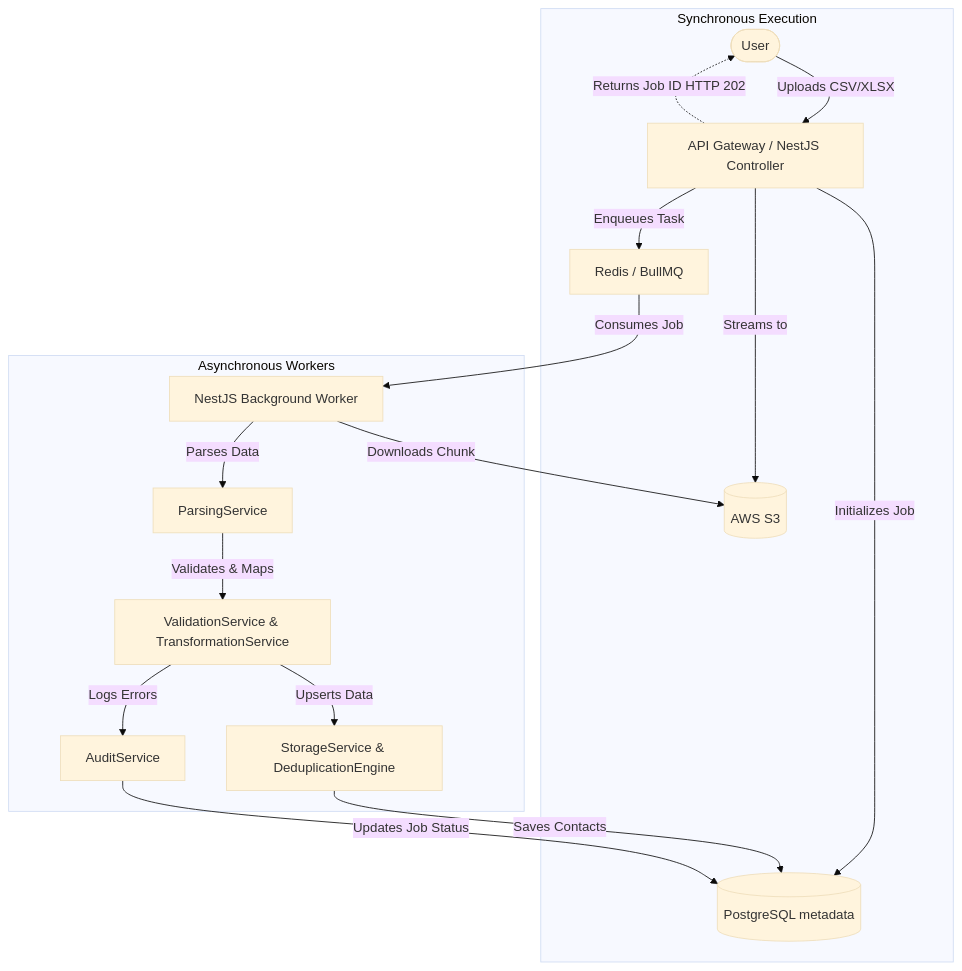
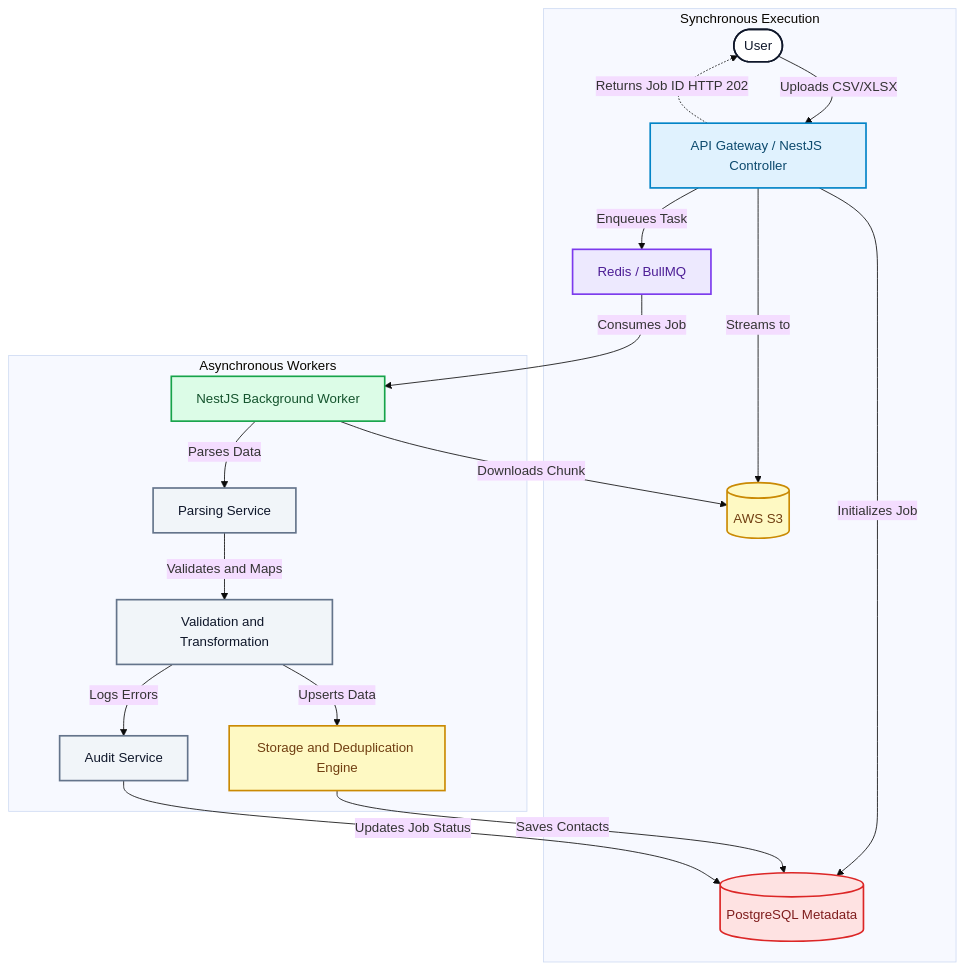
The first of 2 diagrams in docs/project1-architecture.md (Rahul-pamula/email_engine), drawn with Mermaid (base theme) before and after one commit.

Commit message:
Refactor Mermaid diagram in project1-architecture.md
Updated the Mermaid flow diagram to enhance clarity and add class definitions for better visualization.

````diff
--- a/docs/project1-architecture.md
+++ b/docs/project1-architecture.md
@@ -29,23 +29,39 @@
 ```mermaid
-graph TD
-    User([User]) -->|Uploads CSV/XLSX| API[API Gateway / NestJS Controller]
-    
+flowchart TD
+    %% 🎨 Class Definitions
+    classDef user fill:#ffffff,stroke:#0f172a,stroke-width:2px,color:#0f172a;
+    classDef api fill:#e0f2fe,stroke:#0284c7,stroke-width:2px,color:#0c4a6e;
+    classDef storage fill:#fef9c3,stroke:#ca8a04,stroke-width:2px,color:#713f12;
+    classDef queue fill:#ede9fe,stroke:#7c3aed,stroke-width:2px,color:#4c1d95;
+    classDef worker fill:#dcfce7,stroke:#16a34a,stroke-width:2px,color:#14532d;
+    classDef process fill:#f1f5f9,stroke:#64748b,stroke-width:2px,color:#0f172a;
+    classDef db fill:#fee2e2,stroke:#dc2626,stroke-width:2px,color:#7f1d1d;
+
+    %% 👤 User
+    User([User]):::user -->|Uploads CSV/XLSX| API[API Gateway / NestJS Controller]:::api
+
+    %% ⚡ Synchronous Layer
     subgraph "Synchronous Execution"
-        API -->|Streams to| S3[(AWS S3)]
-        API -->|Initializes Job| DB[(PostgreSQL metadata)]
-        API -->|Enqueues Task| Queue[Redis / BullMQ]
+        API -->|Streams to| S3[(AWS S3)]:::storage
+        API -->|Initializes Job| DB[(PostgreSQL Metadata)]:::db
+        API -->|Enqueues Task| Queue[Redis / BullMQ]:::queue
         API -.->|Returns Job ID HTTP 202| User
     end
 
+    %% 🔄 Async Workers
     subgraph "Asynchronous Workers"
-        Queue -->|Consumes Job| Worker[NestJS Background Worker]
+        Queue -->|Consumes Job| Worker[NestJS Background Worker]:::worker
         Worker -->|Downloads Chunk| S3
-        Worker -->|Parses Data| Parser[ParsingService]
-        Parser -->|Validates & Maps| Validator[ValidationService & TransformationService]
-        Validator -->|Upserts Data| Storage[StorageService & DeduplicationEngine]
-        Validator -->|Logs Errors| Audit[AuditService]
+
+        Worker -->|Parses Data| Parser[Parsing Service]:::process
+        Parser -->|Validates and Maps| Validator[Validation and Transformation]:::process
+
+        Validator -->|Upserts Data| Storage[Storage and Deduplication Engine]:::storage
+        Validator -->|Logs Errors| Audit[Audit Service]:::process
     end
 
+    %% 🗄 Final Writes
     Storage -->|Saves Contacts| DB
     Audit -->|Updates Job Status| DB
+
 ```
````
